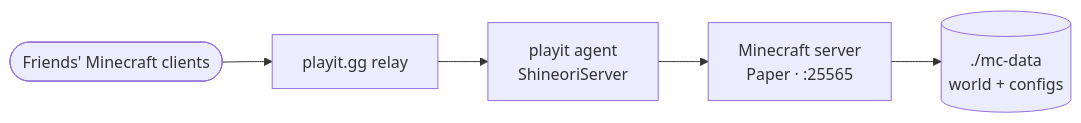
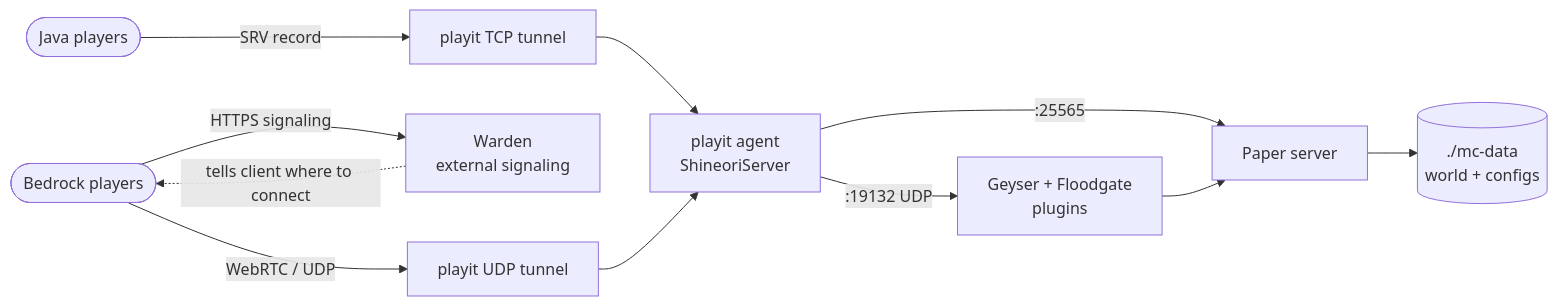
The diagram in docs/services/minecraft.md (Shineori/homelab), drawn with Mermaid before and after one commit. The commit also changed other lines of this file and 3 other files, not shown here.

Commit message:
Minecraft: Paper auto-versioning, plugins, Geyser + Floodgate with NetherNet via Warden

````diff
--- a/docs/services/minecraft.md
+++ b/docs/services/minecraft.md
@@ -21,7 +21,13 @@
 ```mermaid
 flowchart LR
-    friends([Friends' Minecraft clients]) --> playit[playit.gg relay]
-    playit --> agent[playit agent<br/>ShineoriServer]
-    agent --> mc[Minecraft server<br/>Paper · :25565]
+    java([Java players]) -->|SRV record| tcp[playit TCP tunnel]
+    bedrock([Bedrock players]) -->|HTTPS signaling| warden[Warden<br/>external signaling]
+    warden -.->|tells client where to connect| bedrock
+    bedrock -->|WebRTC / UDP| udp[playit UDP tunnel]
+    tcp --> agent[playit agent<br/>ShineoriServer]
+    udp --> agent
+    agent -->|:25565| mc[Paper server]
+    agent -->|:19132 UDP| geyser[Geyser + Floodgate<br/>plugins]
+    geyser --> mc
     mc --> world[(./mc-data<br/>world + configs)]
 ```
````
